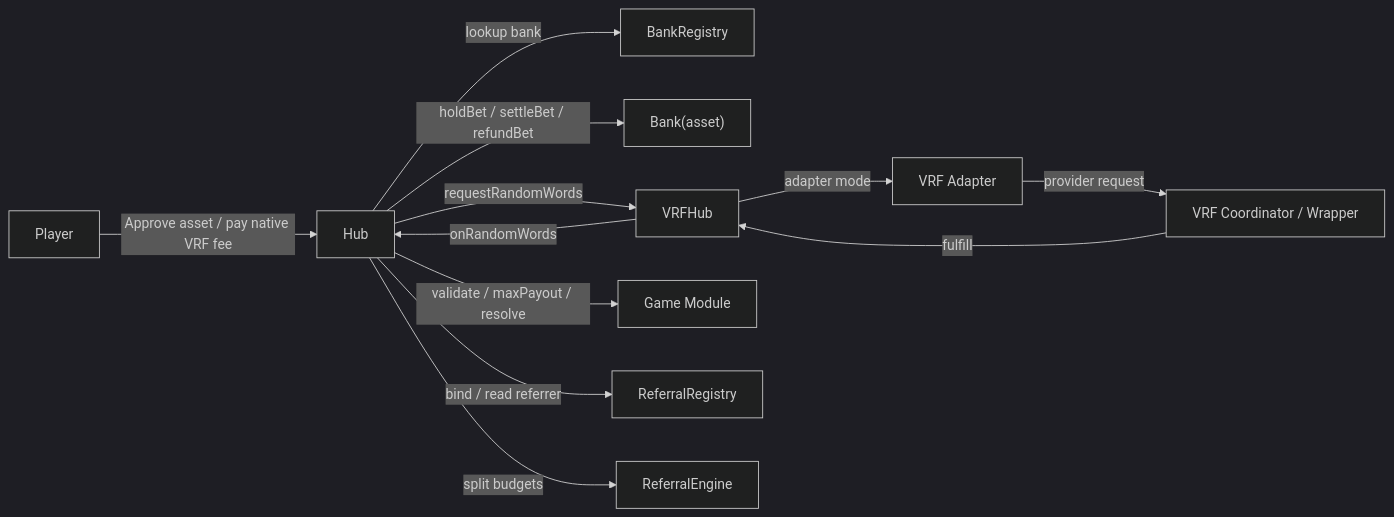
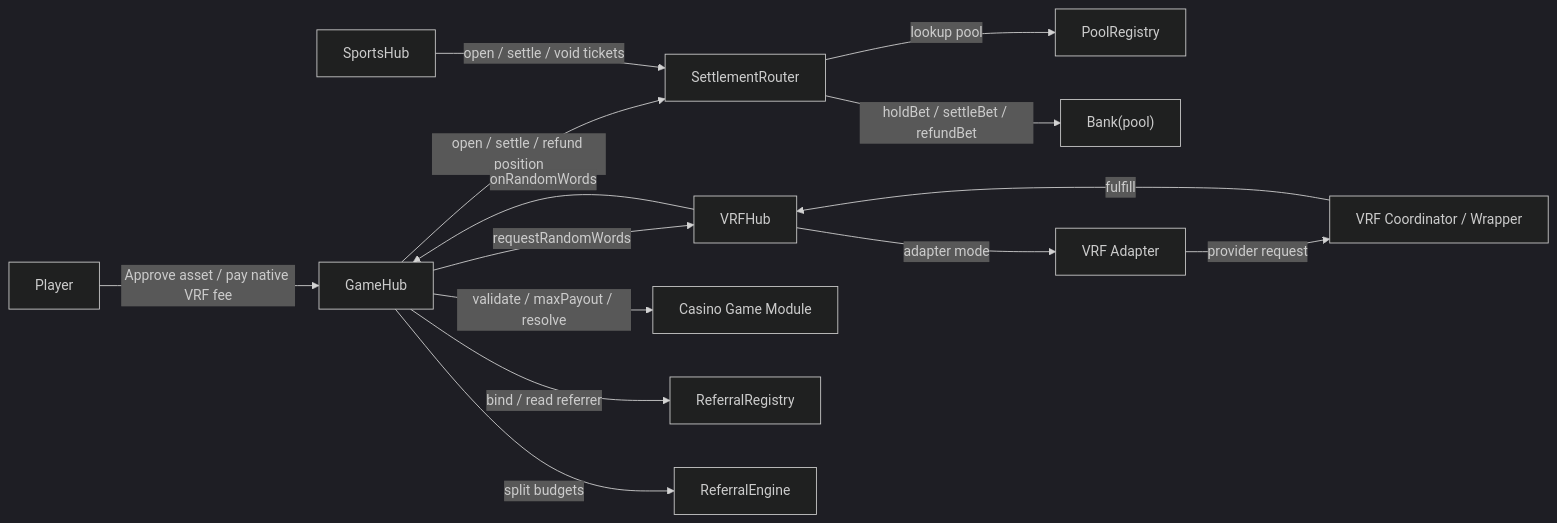
Before and after one commit to arbigamefi/ssot_BBOG: the first of 2 diagrams in docs/WHITEPAPER.zh-CN.md, drawn with Mermaid (dark theme). The commit also changed other lines of this file and 488 other files, not shown here.

````diff
--- a/docs/WHITEPAPER.zh-CN.md
+++ b/docs/WHITEPAPER.zh-CN.md
@@ -156,14 +165,16 @@
 ```mermaid
 flowchart LR
-    P["Player"] -->|"Approve asset / pay native VRF fee"| H["Hub"]
-    H -->|"lookup bank"| BR["BankRegistry"]
-    H -->|"holdBet / settleBet / refundBet"| B["Bank(asset)"]
-    H -->|"requestRandomWords"| V["VRFHub"]
+    P["Player"] -->|"Approve asset / pay native VRF fee"| G["GameHub"]
+    G -->|"open / settle / refund position"| R["SettlementRouter"]
+    R -->|"lookup pool"| PR["PoolRegistry"]
+    R -->|"holdBet / settleBet / refundBet"| B["Bank(pool)"]
+    G -->|"requestRandomWords"| V["VRFHub"]
     V -->|"adapter mode"| A["VRF Adapter"]
     A -->|"provider request"| C["VRF Coordinator / Wrapper"]
     C -->|"fulfill"| V
-    V -->|"onRandomWords"| H
-    H -->|"validate / maxPayout / resolve"| G["Game Module"]
-    H -->|"bind / read referrer"| RR["ReferralRegistry"]
-    H -->|"split budgets"| RE["ReferralEngine"]
+    V -->|"onRandomWords"| G
+    G -->|"validate / maxPayout / resolve"| M["Casino Game Module"]
+    G -->|"bind / read referrer"| RR["ReferralRegistry"]
+    G -->|"split budgets"| RE["ReferralEngine"]
+    S["SportsHub"] -->|"open / settle / void tickets"| R
 ```
````
